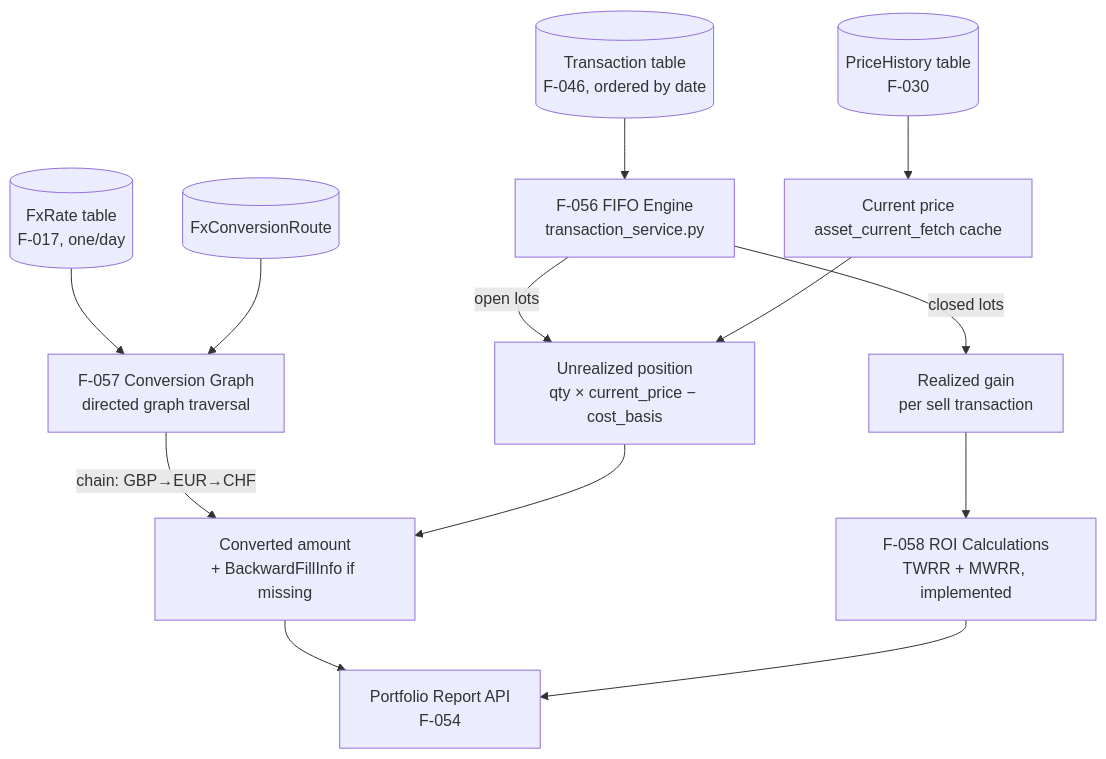
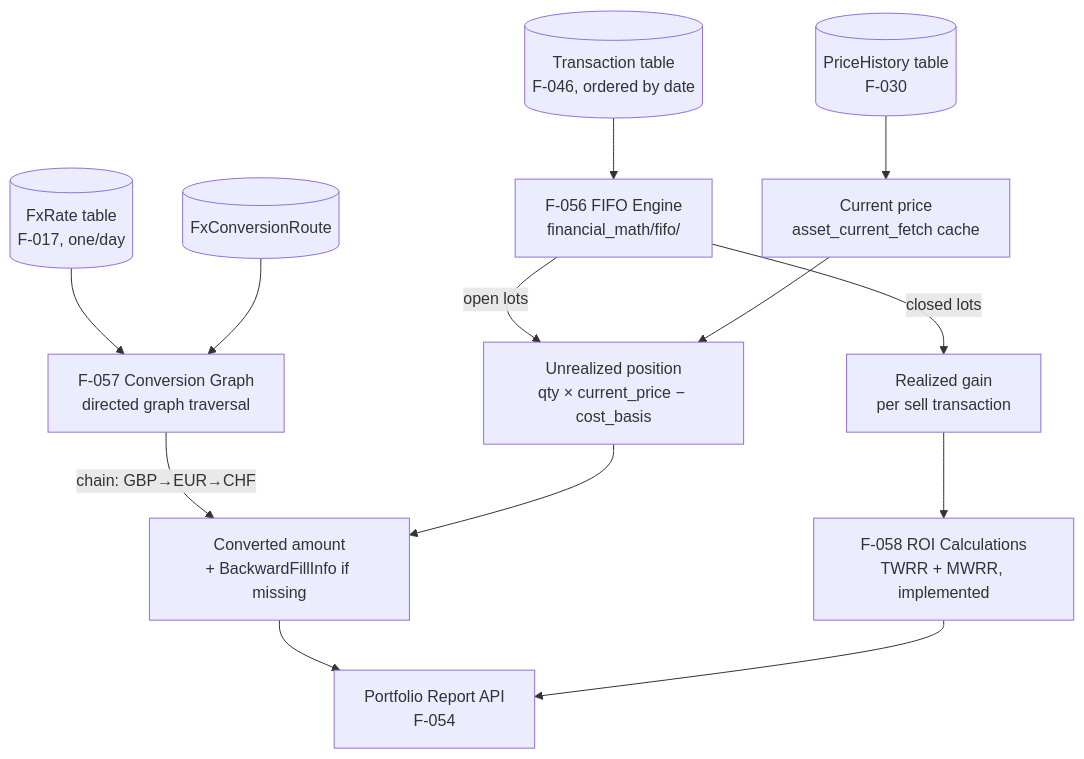
One commit to Librefolio/LibreFolio changed the diagram in LibreFolio_devWiki/wiki/domains/calculations.md. Above: the diagram before and after it, drawn with Mermaid. The commit also changed other lines of this file and 36 other files, not shown here.

````diff
--- a/LibreFolio_devWiki/wiki/domains/calculations.md
+++ b/LibreFolio_devWiki/wiki/domains/calculations.md
@@ -32,18 +37,18 @@
 ```mermaid
 graph TD
-    TxDB[(Transaction table<br/>F-046, ordered by date)] --> FIFO[F-056 FIFO Engine<br/>transaction_service.py]
+    TxDB[(Transaction table<br/>F-046, ordered by date)] --> FIFO[F-056 FIFO Engine<br/>financial_math/fifo/]
     FIFO -->|open lots| UnrealizedPos[Unrealized position<br/>qty × current_price − cost_basis]
     FIFO -->|closed lots| RealizedGain[Realized gain<br/>per sell transaction]
 
     PriceDB[(PriceHistory table<br/>F-030)] --> CurrentPrice[Current price<br/>asset_current_fetch cache]
     CurrentPrice --> UnrealizedPos
 
     FXRateDB[(FxRate table<br/>F-017, one/day)] --> ConvGraph[F-057 Conversion Graph<br/>directed graph traversal]
     FXPairs[(FxConversionRoute)] --> ConvGraph
     ConvGraph -->|chain: GBP→EUR→CHF| ConvertedValue[Converted amount<br/>+ BackwardFillInfo if missing]
 
     UnrealizedPos --> ConvertedValue
     RealizedGain --> ROI[F-058 ROI Calculations<br/>TWRR + MWRR, implemented]
     ConvertedValue --> DashAPI[Portfolio Report API<br/>F-054]
     ROI --> DashAPI
 ```
````
